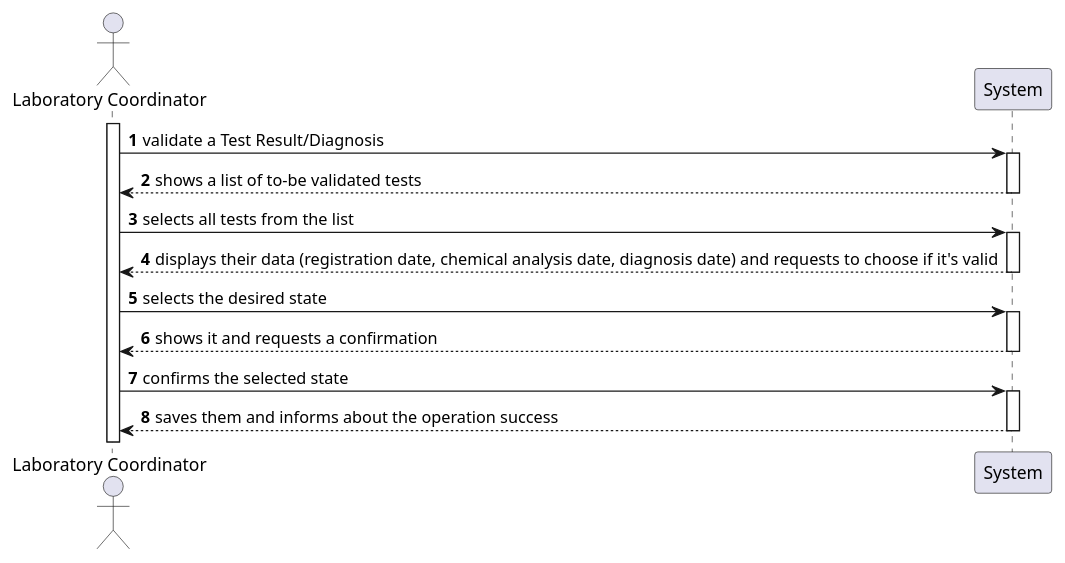
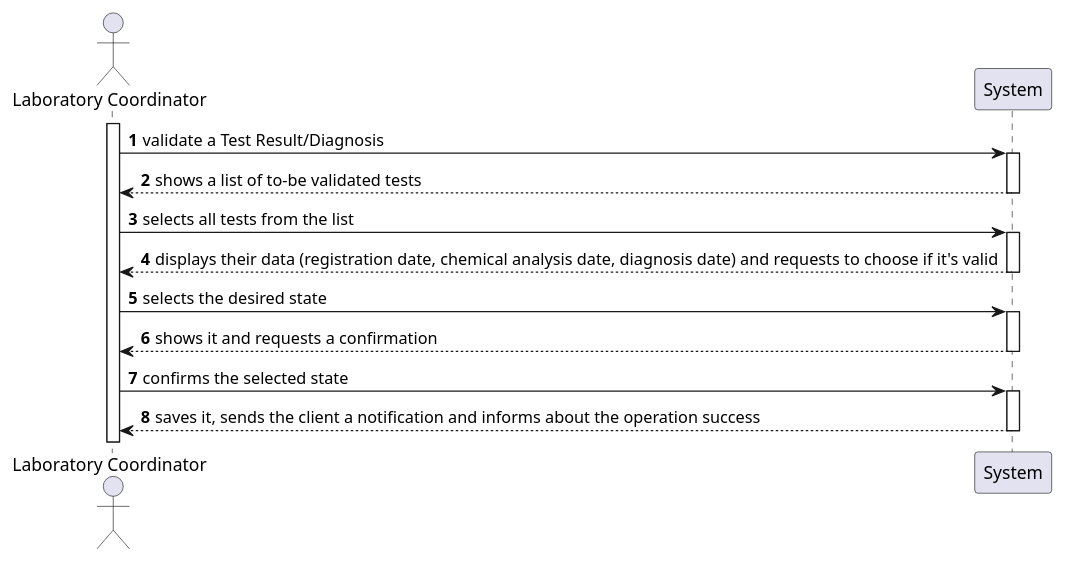
The diagram in docs/SprintC/US15/US15-SSD2.puml (0franciscor/lei-21-s2-1de-g19), drawn with PlantUML before and after one commit. The commit also changed 4 other files, not shown here.

```diff
--- a/docs/SprintC/US15/US15-SSD2.puml
+++ b/docs/SprintC/US15/US15-SSD2.puml
@@ -1,16 +1,16 @@
 @startuml
 autonumber
 
 actor "Laboratory Coordinator" as labC
 activate labC
 
 labC -> System ++: validate a Test Result/Diagnosis
 System --> labC --: shows a list of to-be validated tests
 labC -> System ++: selects all tests from the list
 System -->  labC --: displays their data (registration date, chemical analysis date, diagnosis date) and requests to choose if it's valid
 labC ->  System ++: selects the desired state
 System --> labC --: shows it and requests a confirmation
 labC -> System ++: confirms the selected state
-System --> labC --: saves them and informs about the operation success
+System --> labC --: saves it, sends the client a notification and informs about the operation success
 
 @enduml
```
